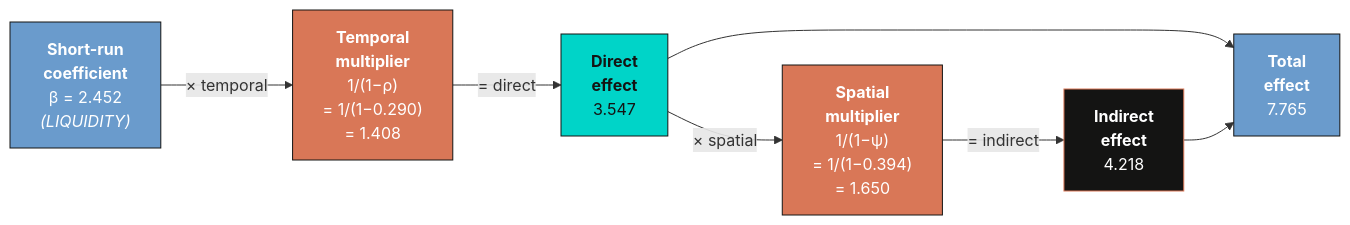
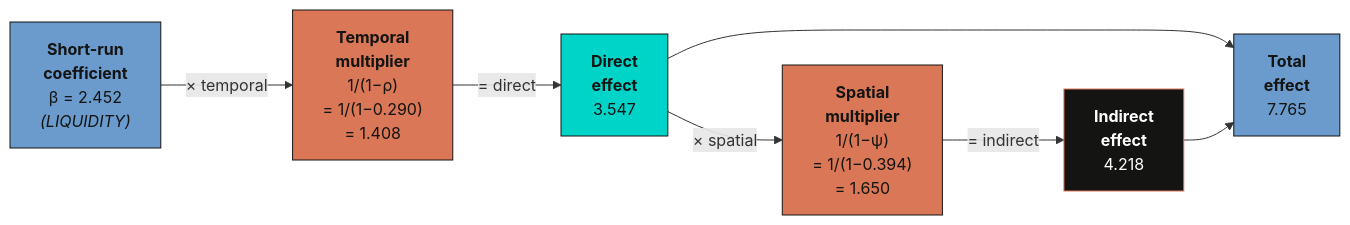
One commit to cmg777/starter-academic-v501 changed the third of 4 diagrams in content/post/stata_spxtivdfreg/index.md. Above: the diagram before and after it, drawn with Mermaid. The commit also changed other lines of this file and 67 other files, not shown here.

First line of the commit message:
fix(mermaid): readable diagram text in both themes across the site

````diff
--- a/content/post/stata_spxtivdfreg/index.md
+++ b/content/post/stata_spxtivdfreg/index.md
@@ -562,23 +562,23 @@
 ```mermaid
 graph LR
     B["<b>Short-run<br/>coefficient</b><br/>β = 2.452<br/><i>(LIQUIDITY)</i>"]
     T["<b>Temporal<br/>multiplier</b><br/>1/(1−ρ)<br/>= 1/(1−0.290)<br/>= 1.408"]
     D["<b>Direct<br/>effect</b><br/>3.547"]
     S["<b>Spatial<br/>multiplier</b><br/>1/(1−ψ)<br/>= 1/(1−0.394)<br/>= 1.650"]
     I["<b>Indirect<br/>effect</b><br/>4.218"]
     Tot["<b>Total<br/>effect</b><br/>7.765"]
 
     B -->|"× temporal"| T
     T -->|"= direct"| D
     D -->|"× spatial"| S
     S -->|"= indirect"| I
     D --> Tot
     I --> Tot
 
-    style B fill:#6a9bcc,stroke:#141413,color:#fff
-    style T fill:#d97757,stroke:#141413,color:#fff
+    style B fill:#6a9bcc,stroke:#141413,color:#141413
+    style T fill:#d97757,stroke:#141413,color:#141413
     style D fill:#00d4c8,stroke:#141413,color:#141413
-    style S fill:#d97757,stroke:#141413,color:#fff
+    style S fill:#d97757,stroke:#141413,color:#141413
     style I fill:#141413,stroke:#d97757,color:#fff
-    style Tot fill:#6a9bcc,stroke:#141413,color:#fff
+    style Tot fill:#6a9bcc,stroke:#141413,color:#141413
 ```
````
